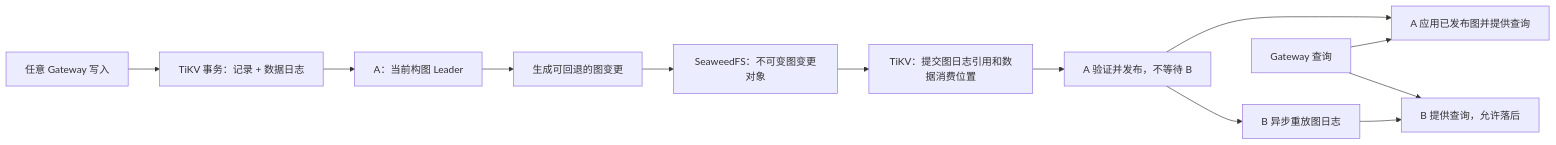
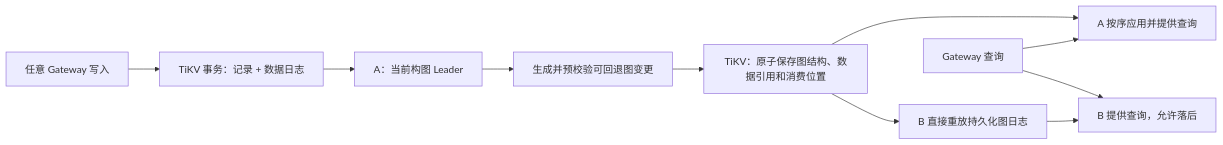
The fifth of 5 diagrams in DESIGN.md (youyou-myheart/vecdb), drawn with Mermaid before and after one commit. The commit also changed other lines of this file and 95 other files, not shown here.

First line of the commit message:
Optimize graph replication with reference logs and leased writers

````diff
--- a/DESIGN.md
+++ b/DESIGN.md
@@ -293,14 +293,12 @@
 ```mermaid
 flowchart LR
   W[任意 Gateway 写入] --> T[TiKV 事务：记录 + 数据日志]
   T --> A[A：当前构图 Leader]
-  A --> D[生成可回退的图变更]
-  D --> O[SeaweedFS：不可变图变更对象]
-  O --> C[TiKV：提交图日志引用和数据消费位置]
-  C --> P[A 验证并发布，不等待 B]
-  P --> AQ[A 应用已发布图并提供查询]
-  P --> B[B 异步重放图日志]
+  A --> D[生成并预校验可回退图变更]
+  D --> C[TiKV：原子保存图结构、数据引用和消费位置]
+  C --> AQ[A 按序应用并提供查询]
+  C --> B[B 直接重放持久化图日志]
   B --> BQ[B 提供查询，允许落后]
   R[Gateway 查询] --> AQ
   R --> BQ
 ```
````
